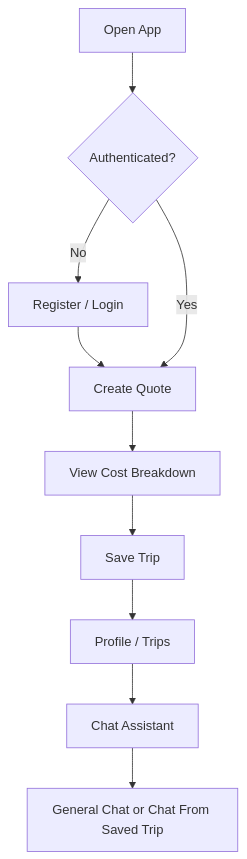
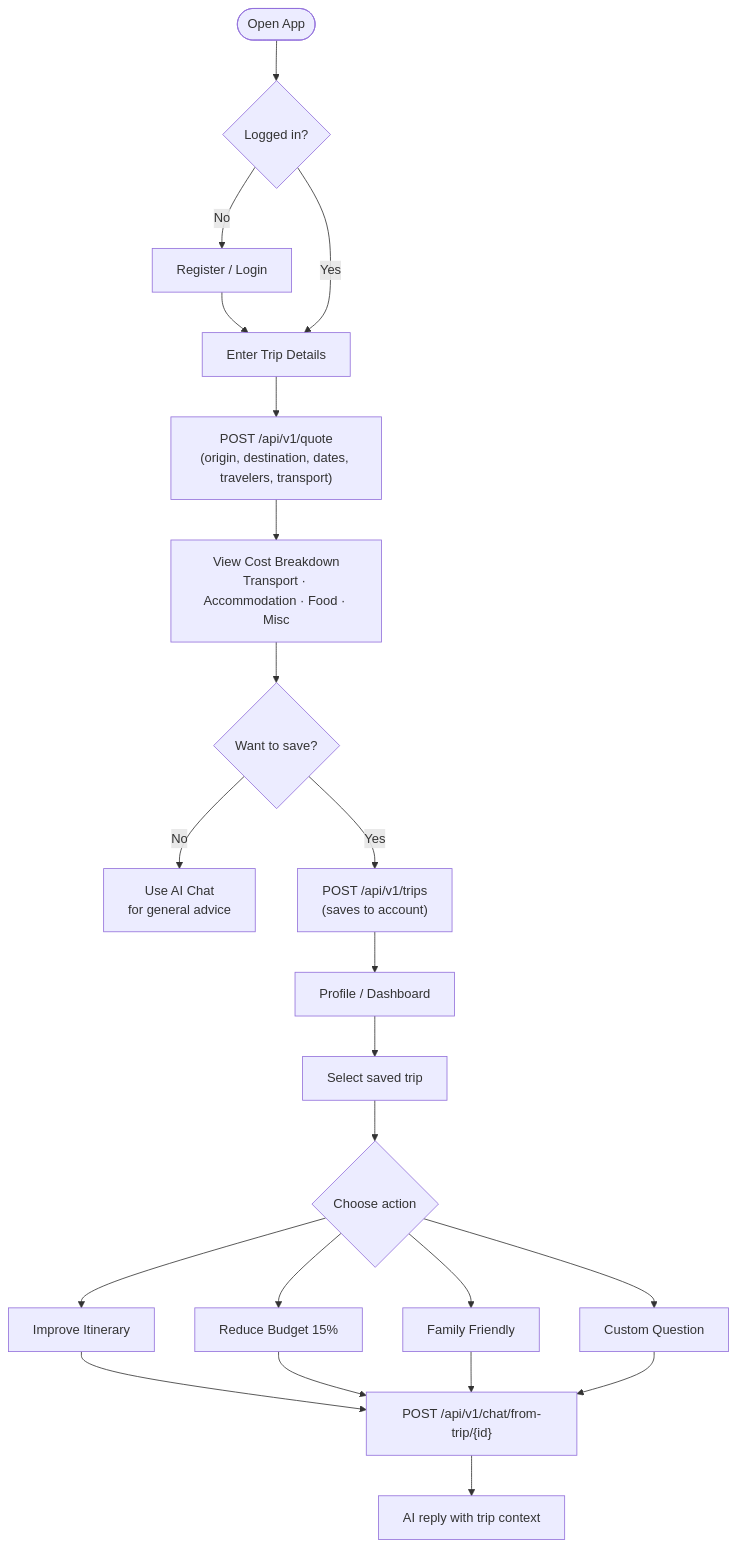
One commit to prajwalreddypr/travel-buddy changed the second of 5 diagrams in README.md. Above: the diagram before and after it, drawn with Mermaid. The commit also changed other lines of this file and 54 other files, not shown here.

````diff
--- a/README.md
+++ b/README.md
@@ -61,12 +63,26 @@
 ```mermaid
 flowchart TD
-    S[Open App] --> L{Authenticated?}
-    L -- No --> R[Register / Login]
-    R --> Q[Create Quote]
-    L -- Yes --> Q
-    Q --> V[View Cost Breakdown]
-    V --> T[Save Trip]
-    T --> P[Profile / Trips]
-    P --> C[Chat Assistant]
-    C --> X[General Chat or Chat From Saved Trip]
+    A([Open App]) --> B{Logged in?}
+    B -- No --> C[Register / Login]
+    C --> D[Enter Trip Details]
+    B -- Yes --> D
+
+    D --> E["POST /api/v1/quote\n(origin, destination, dates, travelers, transport)"]
+    E --> F[View Cost Breakdown\nTransport · Accommodation · Food · Misc]
+
+    F --> G{Want to save?}
+    G -- No --> H[Use AI Chat\nfor general advice]
+    G -- Yes --> I["POST /api/v1/trips\n(saves to account)"]
+
+    I --> J[Profile / Dashboard]
+    J --> K[Select saved trip]
+    K --> L{Choose action}
+
+    L --> L1[Improve Itinerary]
+    L --> L2[Reduce Budget 15%]
+    L --> L3[Family Friendly]
+    L --> L4[Custom Question]
+
+    L1 & L2 & L3 & L4 --> M["POST /api/v1/chat/from-trip/{id}"]
+    M --> N[AI reply with trip context]
 ```
````
